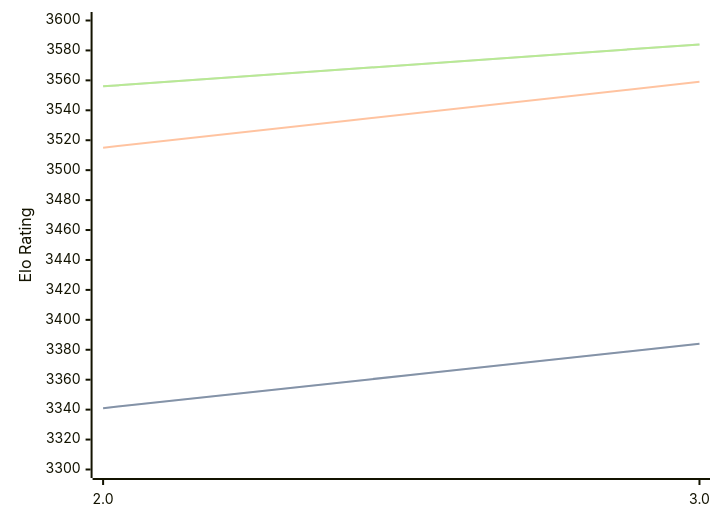
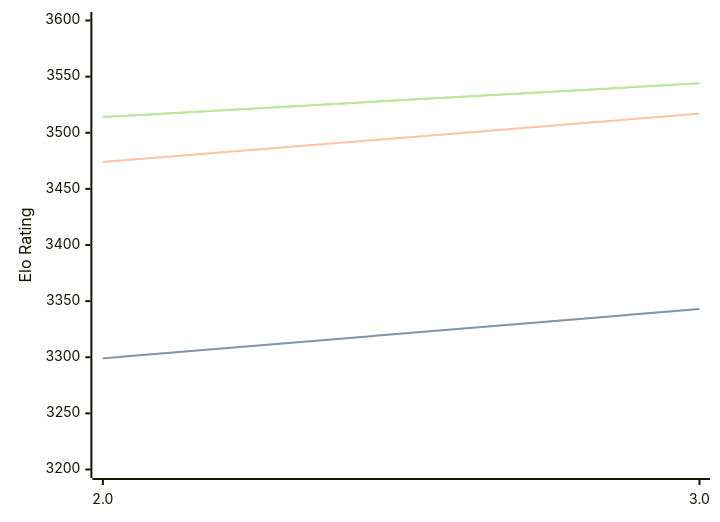
The diagram in engines/Quanticade.md (computer-chess-index/cci), drawn with Mermaid before and after one commit. The commit also changed other lines of this file, not shown here.

Commit message:
Update CCI Ratings (ELO VLTC) - 2026-05-19

````diff
--- a/engines/Quanticade.md
+++ b/engines/Quanticade.md
@@ -41,11 +41,11 @@
 ```mermaid
 %%{init: {"theme":"base","themeVariables":{"seriesColors:['#a3a3a3','#222221','#faa371']}}}%%
 xychart-beta
   x-axis ["2.0", "3.0"]
-  y-axis "Elo Rating" 3300 --> 3600
-  line "STC (8.0+0.08s)" [3341, 3384]
-  line "STC (8.0+0.08s)" [3341, 3384]
-  line "LTC (60.0+0.60s)" [3515, 3559]
-  line "VLTC (2m24s+1.12s)" [3556, 3584]
-  line "VLTC (2m24s+1.12s)" [3556, 3584]
+  y-axis "Elo Rating" 3200 --> 3600
+  line "STC (8.0+0.08s)" [3299, 3343]
+  line "STC (8.0+0.08s)" [3299, 3343]
+  line "LTC (60.0+0.60s)" [3474, 3517]
+  line "VLTC (2m24s+1.12s)" [3514, 3544]
+  line "VLTC (2m24s+1.12s)" [3514, 3544]
 ```
````
